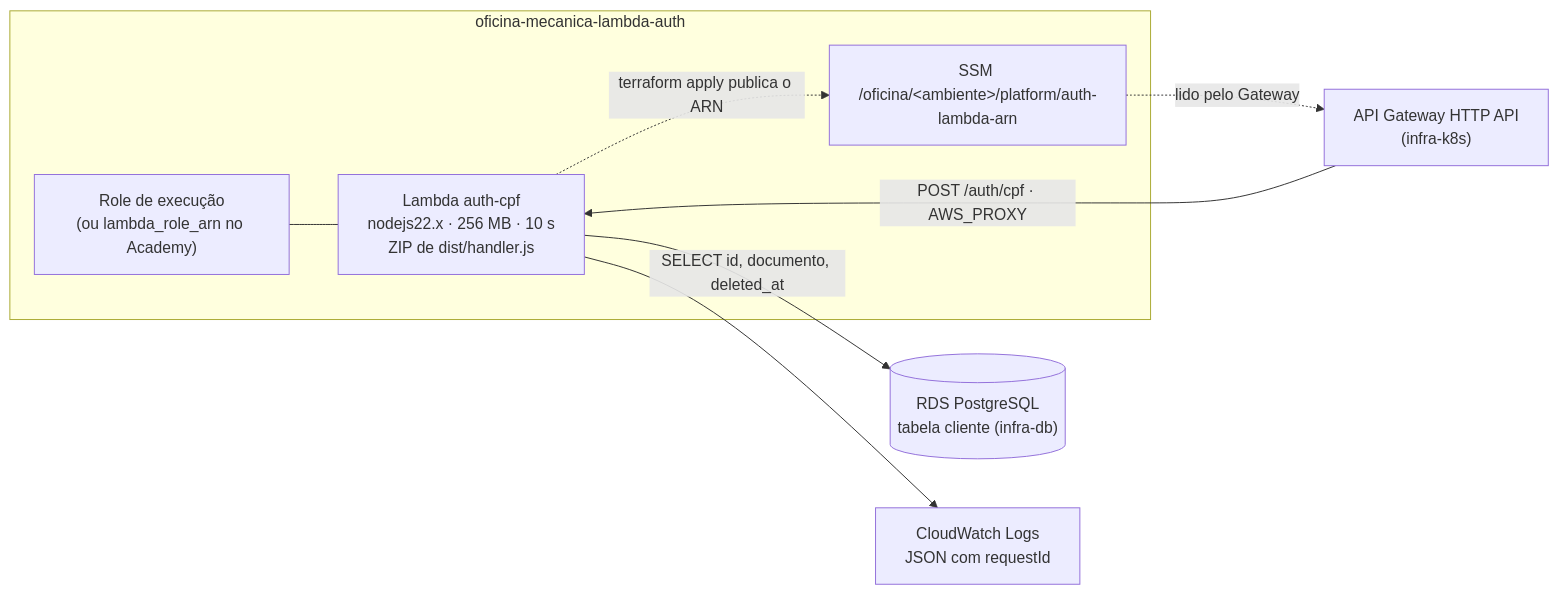
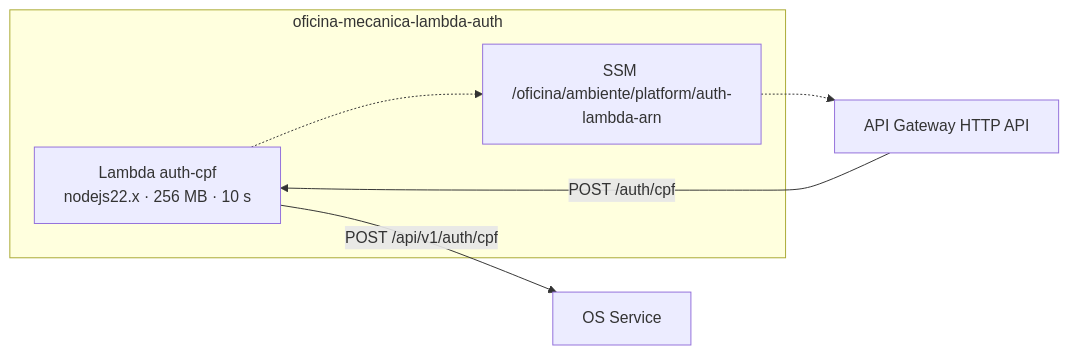
The first of 2 diagrams in README.md (32SOAT/oficina-mecanica-lambda-auth), drawn with Mermaid before and after one commit. The commit also changed other lines of this file and 17 other files, not shown here.

````diff
--- a/README.md
+++ b/README.md
@@ -20,18 +15,14 @@
 ```mermaid
 flowchart LR
   subgraph Repo["oficina-mecanica-lambda-auth"]
-    L["Lambda auth-cpf<br/>nodejs22.x · 256 MB · 10 s<br/>ZIP de dist/handler.js"]
-    Role["Role de execução<br/>(ou lambda_role_arn no Academy)"]
-    SSM["SSM /oficina/&lt;ambiente&gt;/platform/auth-lambda-arn"]
+    L["Lambda auth-cpf<br/>nodejs22.x · 256 MB · 10 s"]
+    SSM["SSM /oficina/ambiente/platform/auth-lambda-arn"]
   end
-  GW["API Gateway HTTP API<br/>(infra-k8s)"]
-  RDS[("RDS PostgreSQL<br/>tabela cliente (infra-db)")]
-  CW["CloudWatch Logs<br/>JSON com requestId"]
+  GW["API Gateway HTTP API"]
+  OS["OS Service"]
 
-  GW -->|"POST /auth/cpf · AWS_PROXY"| L
-  L -->|"SELECT id, documento, deleted_at"| RDS
-  L --> CW
-  L -.->|"terraform apply publica o ARN"| SSM
-  SSM -.->|"lido pelo Gateway"| GW
-  Role --- L
+  GW -->|"POST /auth/cpf"| L
+  L -->|"POST /api/v1/auth/cpf"| OS
+  L -.-> SSM
+  SSM -.-> GW
 ```
````
